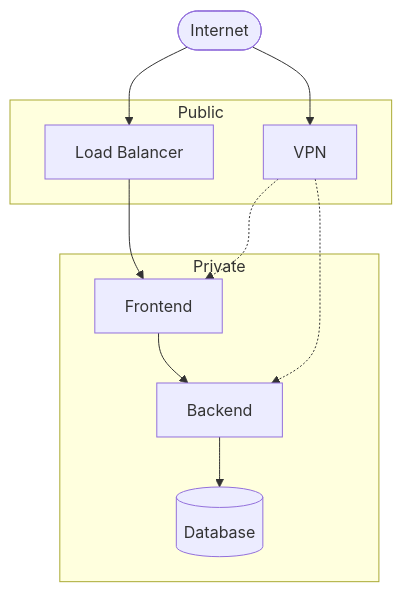
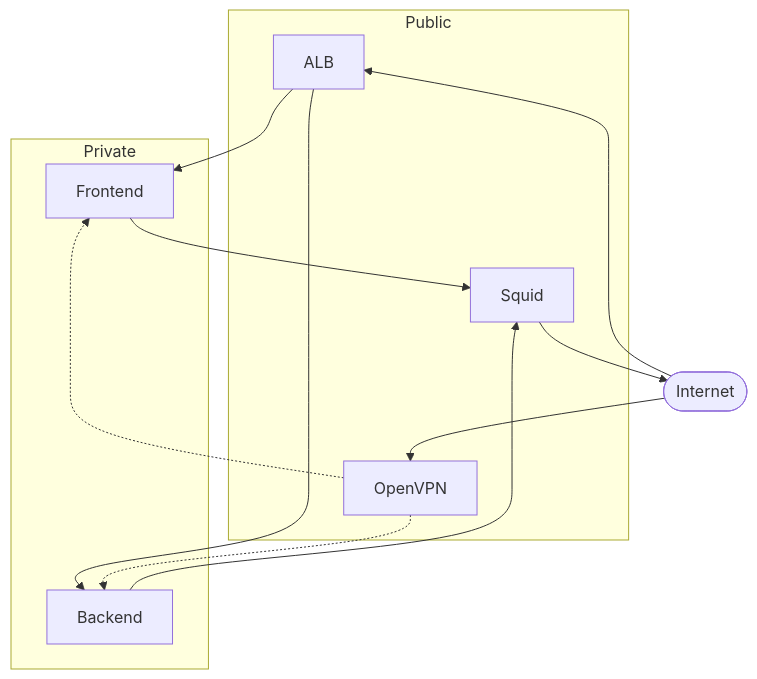
The diagram in 01-understand/diagrams/concept-progression.md (SYMOIZ/aws-3tier-architecture), drawn with Mermaid before and after one commit. The commit also changed other lines of this file and 37 other files, not shown here.

First line of the commit message:
Align repository with SOP: Squid, OpenVPN, ALB path routing, and deploy scripts.

````diff
--- a/01-understand/diagrams/concept-progression.md
+++ b/01-understand/diagrams/concept-progression.md
@@ -18,19 +5,21 @@
 ```mermaid
 flowchart TB
   subgraph Public
-    ALB[Load Balancer]
-    VPN[VPN]
+    ALB[ALB]
+    SQ[Squid]
+    VPN[OpenVPN]
   end
   subgraph Private
     FE[Frontend]
     BE[Backend]
-    DB[(Database)]
   end
   Internet([Internet]) --> ALB
   Internet --> VPN
   ALB --> FE
-  FE --> BE
-  BE --> DB
+  ALB --> BE
+  FE --> SQ
+  BE --> SQ
   VPN -.-> FE
   VPN -.-> BE
+  SQ --> Internet
 ```
````
